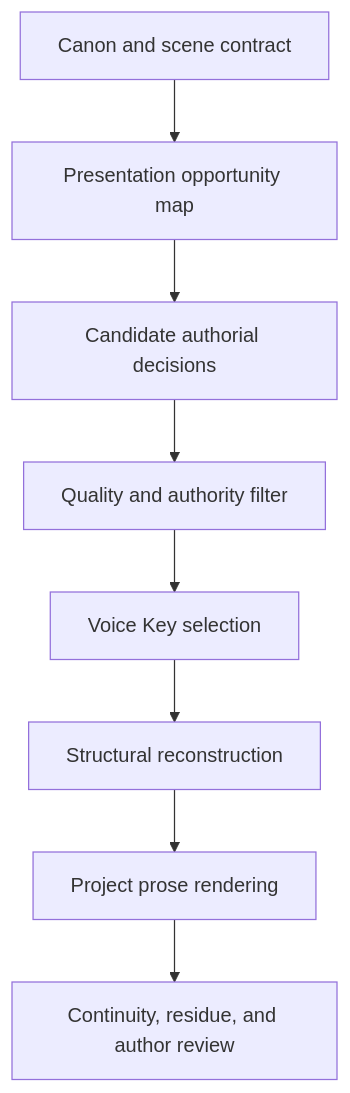
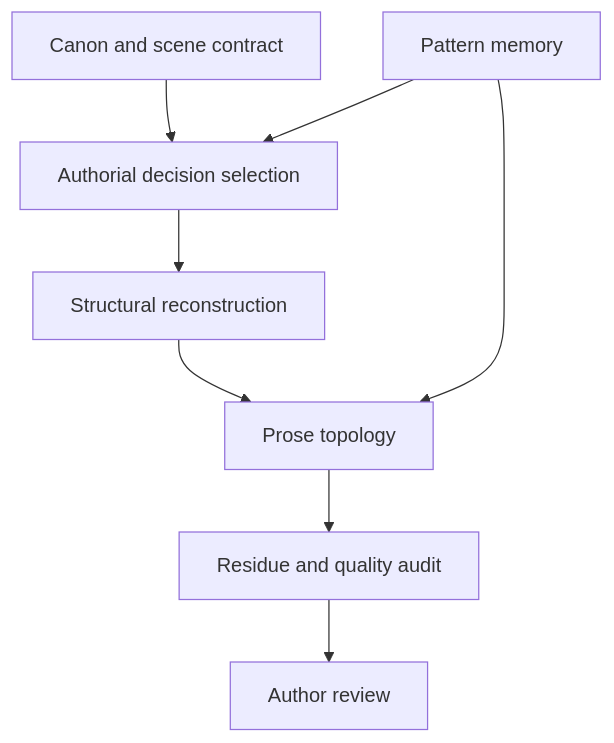
Before and after one commit to cubixmeow-commits/seeds-of-the-throne: the diagram in 07 Coordination/Authoring System/06 - Voice Key.md, drawn with Mermaid. The commit also changed other lines of this file and 7 other files, not shown here.

Commit message:
Lock Voice Key functionality and plan workshop

````diff
--- a/07 Coordination/Authoring System/06 - Voice Key.md
+++ b/07 Coordination/Authoring System/06 - Voice Key.md
@@ -117,10 +204,10 @@
 ```mermaid
 flowchart TD
-    A["Canon and scene contract"] --> B["Presentation opportunity map"]
-    B --> C["Candidate authorial decisions"]
-    C --> D["Quality and authority filter"]
-    D --> E["Voice Key selection"]
-    E --> F["Structural reconstruction"]
-    F --> G["Project prose rendering"]
-    G --> H["Continuity, residue, and author review"]
+    A["Canon and scene contract"] --> B["Authorial decision selection"]
+    B --> C["Structural reconstruction"]
+    C --> D["Prose topology"]
+    D --> E["Residue and quality audit"]
+    E --> F["Author review"]
+    M["Pattern memory"] --> B
+    M --> D
 ```
````
